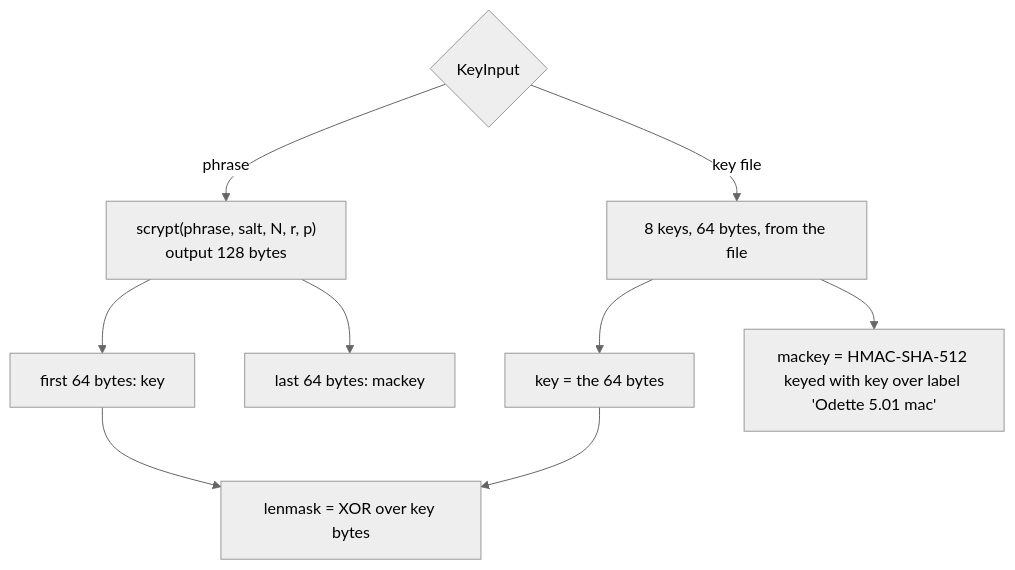
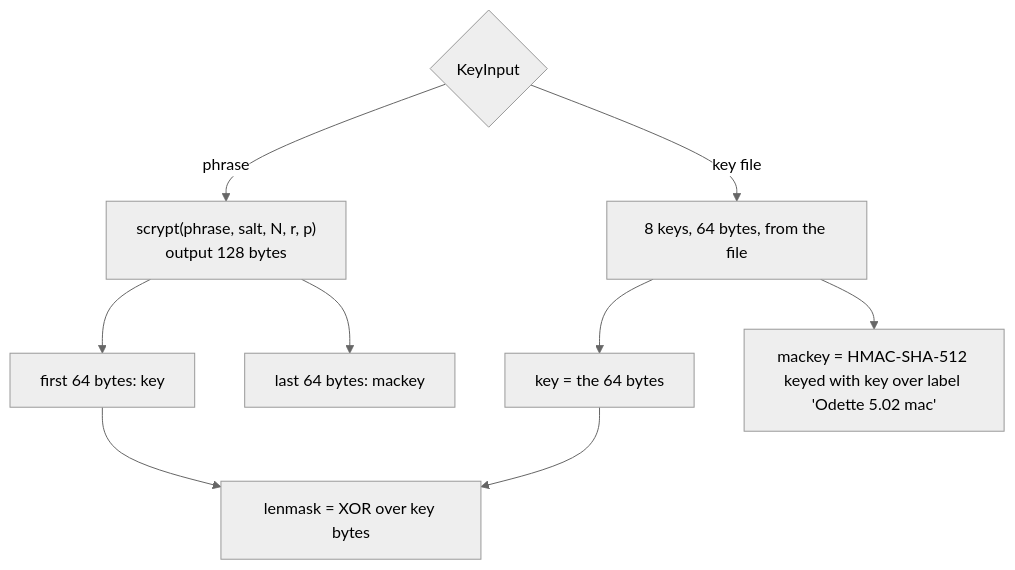
One commit to avw1ein/odette changed the sixth of 10 diagrams in STRUCTURE.md. Above: the diagram before and after it, drawn with Mermaid (neutral theme). The commit also changed other lines of this file and 21 other files, not shown here.

````diff
--- a/STRUCTURE.md
+++ b/STRUCTURE.md
@@ -263,11 +266,11 @@
 ```mermaid
 flowchart TD
     in{"KeyInput"} -- phrase --> sc["scrypt(phrase, salt, N, r, p)<br/>output 128 bytes"]
     in -- key file --> kf["8 keys, 64 bytes, from the file"]
     sc --> k1["first 64 bytes: key"]
     sc --> k2["last 64 bytes: mackey"]
     kf --> k3["key = the 64 bytes"]
-    kf --> hm["mackey = HMAC-SHA-512 keyed with key over label 'Odette 5.01 mac'"]
+    kf --> hm["mackey = HMAC-SHA-512 keyed with key over label 'Odette 5.02 mac'"]
     k1 --> lm["lenmask = XOR over key bytes"]
     k3 --> lm
 ```
````
